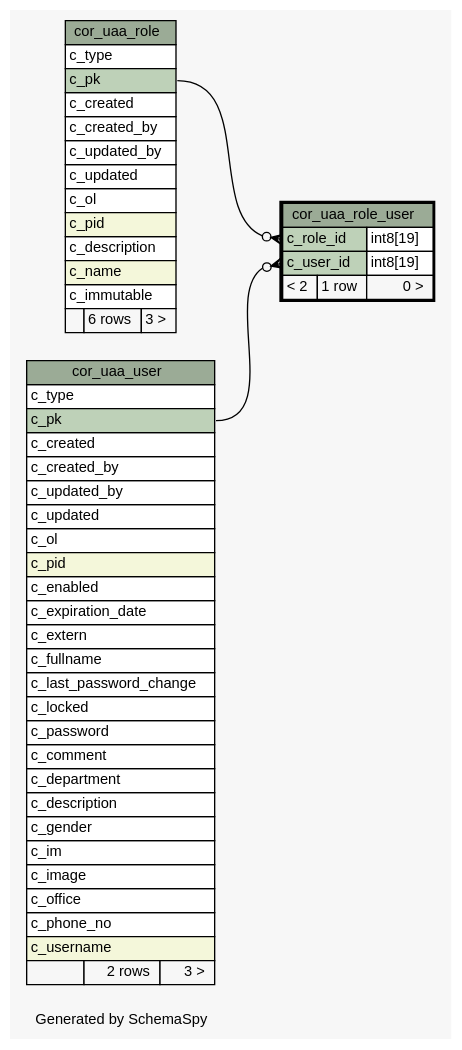
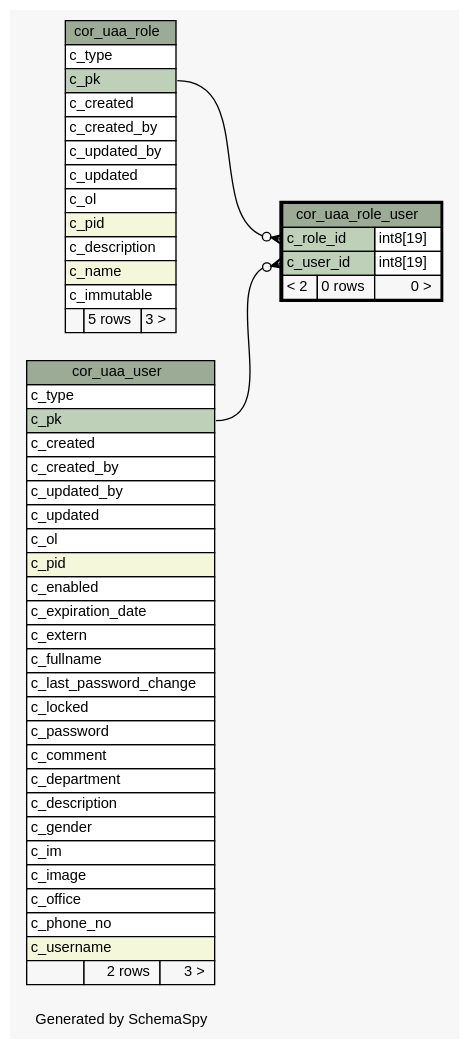
The diagram in 2.0.0-SNAPSHOT/schemaspy/diagrams/cor_uaa_role_user.1degree.dot (openwms/org.openwms.core.uaa), drawn with Graphviz before and after one commit. The commit also changed 424 other files, not shown here.

```diff
--- a/2.0.0-SNAPSHOT/schemaspy/diagrams/cor_uaa_role_user.1degree.dot
+++ b/2.0.0-SNAPSHOT/schemaspy/diagrams/cor_uaa_role_user.1degree.dot
@@ -1,88 +1,88 @@
 // dot 2.43.0 on Linux 5.15.0-1022-azure
 // SchemaSpy rev Unknown
 digraph "oneDegreeRelationshipsDiagram" {
   graph [
     rankdir="RL"
     bgcolor="#f7f7f7"
     label="\nGenerated by SchemaSpy"
     labeljust="l"
     nodesep="0.18"
     ranksep="0.46"
     fontname="Helvetica"
     fontsize="11"
   ];
   node [
     fontname="Helvetica"
     fontsize="11"
     shape="plaintext"
   ];
   edge [
     arrowsize="0.8"
   ];
   "cor_uaa_role_user":"c_role_id":w -> "cor_uaa_role":"c_pk":e [arrowhead=none dir=back arrowtail=crowodot];
   "cor_uaa_role_user":"c_user_id":w -> "cor_uaa_user":"c_pk":e [arrowhead=none dir=back arrowtail=crowodot];
   "cor_uaa_role" [
     label=<
     <TABLE BORDER="0" CELLBORDER="1" CELLSPACING="0" BGCOLOR="#ffffff">
       <TR><TD COLSPAN="3" BGCOLOR="#9bab96" ALIGN="CENTER">cor_uaa_role</TD></TR>
       <TR><TD PORT="c_type" COLSPAN="3" ALIGN="LEFT">c_type</TD></TR>
       <TR><TD PORT="c_pk" COLSPAN="3" BGCOLOR="#bed1b8" ALIGN="LEFT">c_pk</TD></TR>
       <TR><TD PORT="c_created" COLSPAN="3" ALIGN="LEFT">c_created</TD></TR>
       <TR><TD PORT="c_created_by" COLSPAN="3" ALIGN="LEFT">c_created_by</TD></TR>
       <TR><TD PORT="c_updated_by" COLSPAN="3" ALIGN="LEFT">c_updated_by</TD></TR>
       <TR><TD PORT="c_updated" COLSPAN="3" ALIGN="LEFT">c_updated</TD></TR>
       <TR><TD PORT="c_ol" COLSPAN="3" ALIGN="LEFT">c_ol</TD></TR>
       <TR><TD PORT="c_pid" COLSPAN="3" BGCOLOR="#f4f7da" ALIGN="LEFT">c_pid</TD></TR>
       <TR><TD PORT="c_description" COLSPAN="3" ALIGN="LEFT">c_description</TD></TR>
       <TR><TD PORT="c_name" COLSPAN="3" BGCOLOR="#f4f7da" ALIGN="LEFT">c_name</TD></TR>
       <TR><TD PORT="c_immutable" COLSPAN="3" ALIGN="LEFT">c_immutable</TD></TR>
-      <TR><TD ALIGN="LEFT" BGCOLOR="#f7f7f7">  </TD><TD ALIGN="RIGHT" BGCOLOR="#f7f7f7">6 rows</TD><TD ALIGN="RIGHT" BGCOLOR="#f7f7f7">3 &gt;</TD></TR>
+      <TR><TD ALIGN="LEFT" BGCOLOR="#f7f7f7">  </TD><TD ALIGN="RIGHT" BGCOLOR="#f7f7f7">5 rows</TD><TD ALIGN="RIGHT" BGCOLOR="#f7f7f7">3 &gt;</TD></TR>
     </TABLE>>
     URL="cor_uaa_role.html"
     tooltip="cor_uaa_role"
   ];
   "cor_uaa_role_user" [
     label=<
     <TABLE BORDER="2" CELLBORDER="1" CELLSPACING="0" BGCOLOR="#ffffff">
       <TR><TD COLSPAN="3" BGCOLOR="#9bab96" ALIGN="CENTER">cor_uaa_role_user</TD></TR>
       <TR><TD PORT="c_role_id" COLSPAN="2" BGCOLOR="#bed1b8" ALIGN="LEFT">c_role_id</TD><TD PORT="c_role_id.type" ALIGN="LEFT">int8[19]</TD></TR>
       <TR><TD PORT="c_user_id" COLSPAN="2" BGCOLOR="#bed1b8" ALIGN="LEFT">c_user_id</TD><TD PORT="c_user_id.type" ALIGN="LEFT">int8[19]</TD></TR>
-      <TR><TD ALIGN="LEFT" BGCOLOR="#f7f7f7">&lt; 2</TD><TD ALIGN="RIGHT" BGCOLOR="#f7f7f7">1 row</TD><TD ALIGN="RIGHT" BGCOLOR="#f7f7f7">0 &gt;</TD></TR>
+      <TR><TD ALIGN="LEFT" BGCOLOR="#f7f7f7">&lt; 2</TD><TD ALIGN="RIGHT" BGCOLOR="#f7f7f7">0 rows</TD><TD ALIGN="RIGHT" BGCOLOR="#f7f7f7">0 &gt;</TD></TR>
     </TABLE>>
     URL="cor_uaa_role_user.html"
     tooltip="cor_uaa_role_user"
   ];
   "cor_uaa_user" [
     label=<
     <TABLE BORDER="0" CELLBORDER="1" CELLSPACING="0" BGCOLOR="#ffffff">
       <TR><TD COLSPAN="3" BGCOLOR="#9bab96" ALIGN="CENTER">cor_uaa_user</TD></TR>
       <TR><TD PORT="c_type" COLSPAN="3" ALIGN="LEFT">c_type</TD></TR>
       <TR><TD PORT="c_pk" COLSPAN="3" BGCOLOR="#bed1b8" ALIGN="LEFT">c_pk</TD></TR>
       <TR><TD PORT="c_created" COLSPAN="3" ALIGN="LEFT">c_created</TD></TR>
       <TR><TD PORT="c_created_by" COLSPAN="3" ALIGN="LEFT">c_created_by</TD></TR>
       <TR><TD PORT="c_updated_by" COLSPAN="3" ALIGN="LEFT">c_updated_by</TD></TR>
       <TR><TD PORT="c_updated" COLSPAN="3" ALIGN="LEFT">c_updated</TD></TR>
       <TR><TD PORT="c_ol" COLSPAN="3" ALIGN="LEFT">c_ol</TD></TR>
       <TR><TD PORT="c_pid" COLSPAN="3" BGCOLOR="#f4f7da" ALIGN="LEFT">c_pid</TD></TR>
       <TR><TD PORT="c_enabled" COLSPAN="3" ALIGN="LEFT">c_enabled</TD></TR>
       <TR><TD PORT="c_expiration_date" COLSPAN="3" ALIGN="LEFT">c_expiration_date</TD></TR>
       <TR><TD PORT="c_extern" COLSPAN="3" ALIGN="LEFT">c_extern</TD></TR>
       <TR><TD PORT="c_fullname" COLSPAN="3" ALIGN="LEFT">c_fullname</TD></TR>
       <TR><TD PORT="c_last_password_change" COLSPAN="3" ALIGN="LEFT">c_last_password_change</TD></TR>
       <TR><TD PORT="c_locked" COLSPAN="3" ALIGN="LEFT">c_locked</TD></TR>
       <TR><TD PORT="c_password" COLSPAN="3" ALIGN="LEFT">c_password</TD></TR>
       <TR><TD PORT="c_comment" COLSPAN="3" ALIGN="LEFT">c_comment</TD></TR>
       <TR><TD PORT="c_department" COLSPAN="3" ALIGN="LEFT">c_department</TD></TR>
       <TR><TD PORT="c_description" COLSPAN="3" ALIGN="LEFT">c_description</TD></TR>
       <TR><TD PORT="c_gender" COLSPAN="3" ALIGN="LEFT">c_gender</TD></TR>
       <TR><TD PORT="c_im" COLSPAN="3" ALIGN="LEFT">c_im</TD></TR>
       <TR><TD PORT="c_image" COLSPAN="3" ALIGN="LEFT">c_image</TD></TR>
       <TR><TD PORT="c_office" COLSPAN="3" ALIGN="LEFT">c_office</TD></TR>
       <TR><TD PORT="c_phone_no" COLSPAN="3" ALIGN="LEFT">c_phone_no</TD></TR>
       <TR><TD PORT="c_username" COLSPAN="3" BGCOLOR="#f4f7da" ALIGN="LEFT">c_username</TD></TR>
       <TR><TD ALIGN="LEFT" BGCOLOR="#f7f7f7">  </TD><TD ALIGN="RIGHT" BGCOLOR="#f7f7f7">2 rows</TD><TD ALIGN="RIGHT" BGCOLOR="#f7f7f7">3 &gt;</TD></TR>
     </TABLE>>
     URL="cor_uaa_user.html"
     tooltip="cor_uaa_user"
   ];
 }
```
